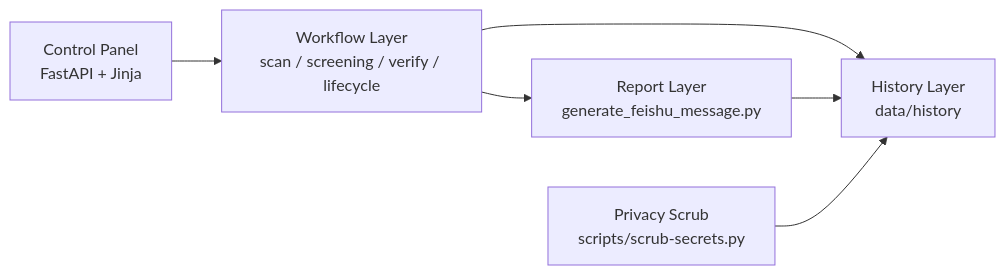
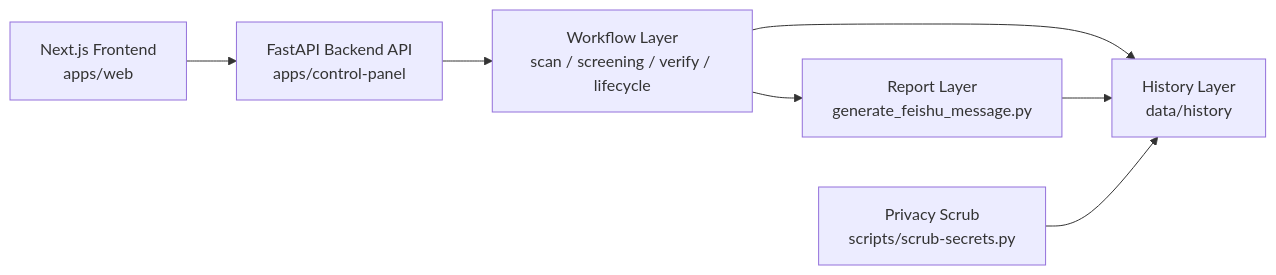
One commit to kobejiasuoer/prism changed the diagram in docs/architecture/system.md. Above: the diagram before and after it, drawn with Mermaid. The commit also changed other lines of this file and 59 other files, not shown here.

````diff
--- a/docs/architecture/system.md
+++ b/docs/architecture/system.md
@@ -16,13 +16,15 @@
 ```mermaid
 flowchart LR
-    UI["Control Panel
-FastAPI + Jinja"] --> WF["Workflow Layer
+    WEB["Next.js Frontend
+apps/web"] --> API["FastAPI Backend API
+apps/control-panel"]
+    API --> WF["Workflow Layer
 scan / screening / verify / lifecycle"]
     WF --> MSG["Report Layer
 generate_feishu_message.py"]
     WF --> HIST["History Layer
 data/history"]
     MSG --> HIST
     SCRUB["Privacy Scrub
 scripts/scrub-secrets.py"] --> HIST
 ```
````
